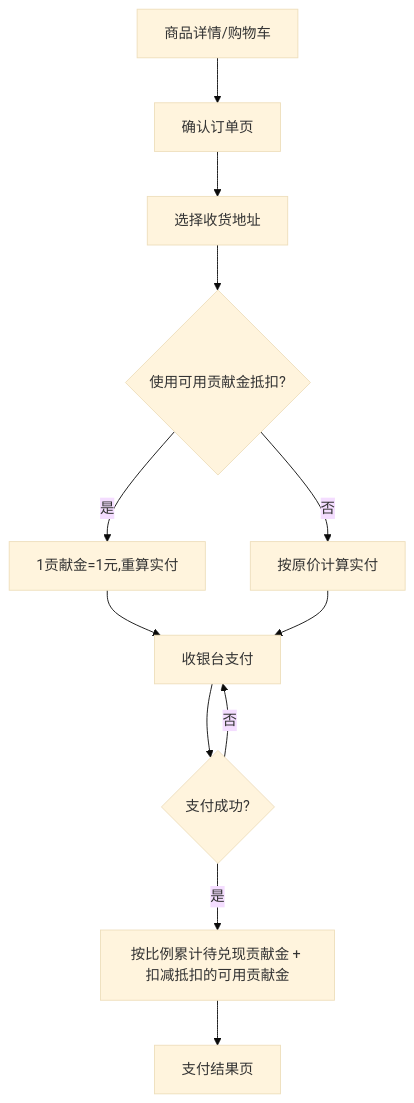
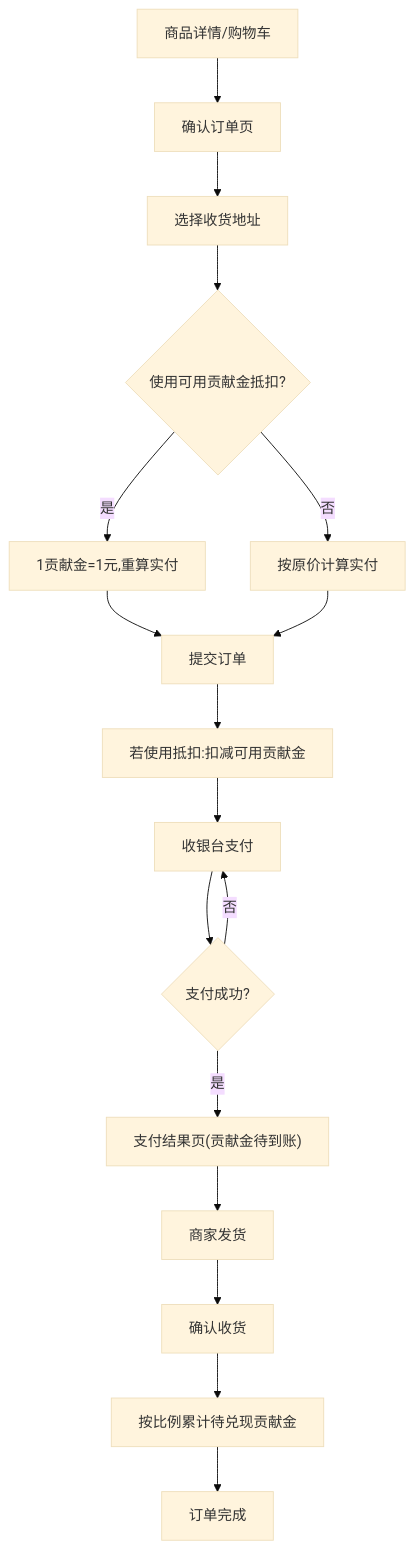
The fourth of 5 diagrams in docs/产品页面清单与功能拆解.md (Div-student/shareMall), drawn with Mermaid (base theme) before and after one commit. The commit also changed other lines of this file and 44 other files, not shown here.

````diff
--- a/docs/产品页面清单与功能拆解.md
+++ b/docs/产品页面清单与功能拆解.md
@@ -395,14 +399,19 @@
 ```mermaid
 flowchart TD
     Detail["商品详情/购物车"] --> Confirm["确认订单页"]
     Confirm --> Addr["选择收货地址"]
     Addr --> Deduct{"使用可用贡献金抵扣?"}
     Deduct -->|"是"| Calc["1贡献金=1元,重算实付"]
     Deduct -->|"否"| Calc2["按原价计算实付"]
-    Calc --> Pay["收银台支付"]
-    Calc2 --> Pay
+    Calc --> Submit["提交订单"]
+    Calc2 --> Submit
+    Submit --> DeductFund["若使用抵扣:扣减可用贡献金"]
+    DeductFund --> Pay["收银台支付"]
     Pay --> Result{"支付成功?"}
     Result -->|"否"| Pay
-    Result -->|"是"| Accrue["按比例累计待兑现贡献金 + 扣减抵扣的可用贡献金"]
-    Accrue --> Done["支付结果页"]
+    Result -->|"是"| Paid["支付结果页(贡献金待到账)"]
+    Paid --> Ship["商家发货"]
+    Ship --> Receive["确认收货"]
+    Receive --> Accrue["按比例累计待兑现贡献金"]
+    Accrue --> Done["订单完成"]
 ```
````
